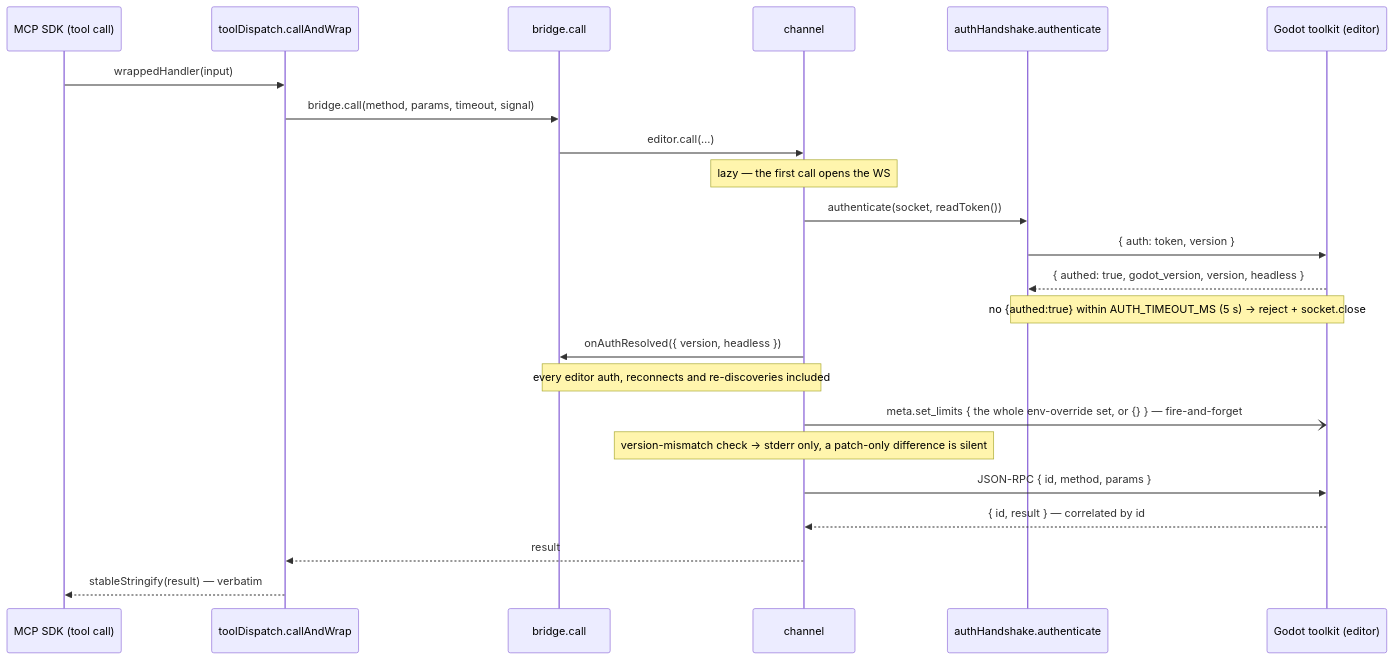
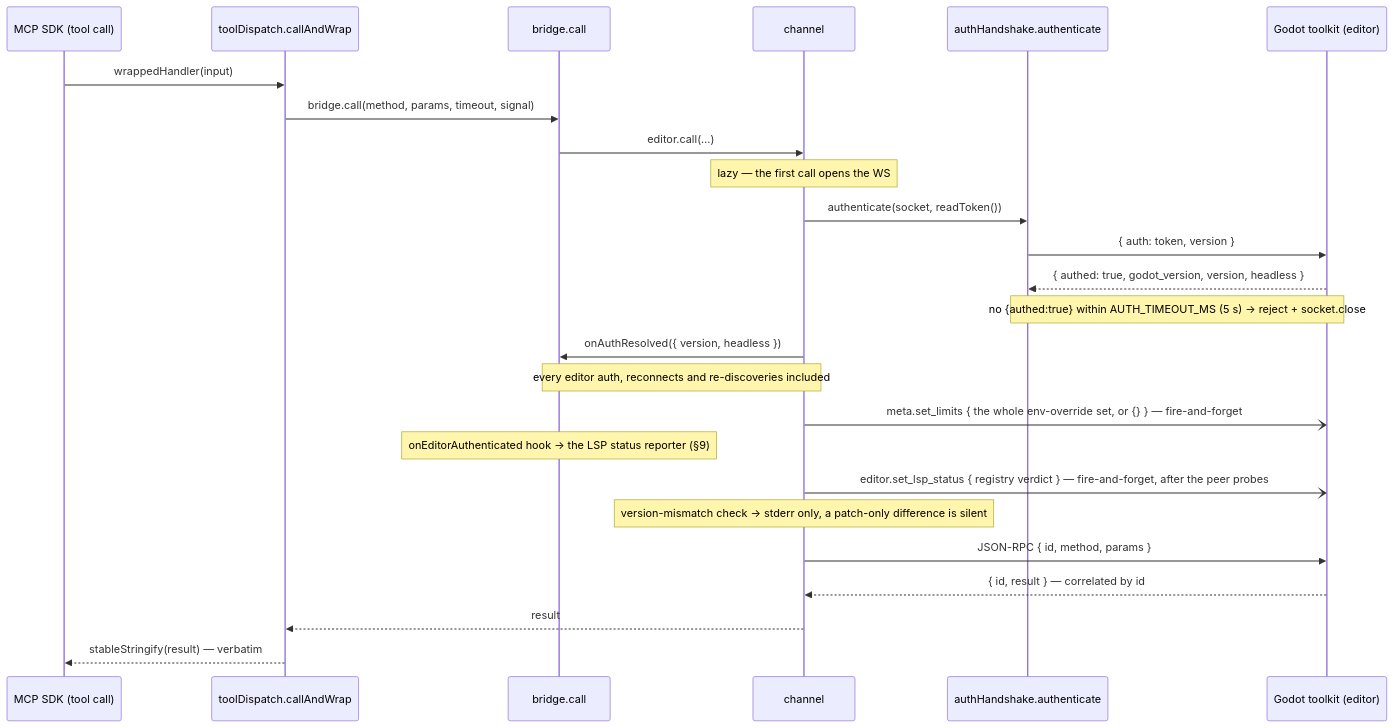
Before and after one commit to NPGameDev/godot-mcp-server: the fourth of 13 diagrams in docs/architecture/README.md, drawn with Mermaid. The commit also changed other lines of this file, not shown here.

````diff
--- a/docs/architecture/README.md
+++ b/docs/architecture/README.md
@@ -281,25 +284,27 @@
 ```mermaid
 sequenceDiagram
     participant SDK as MCP SDK (tool call)
     participant D as toolDispatch.callAndWrap
     participant B as bridge.call
     participant Ch as channel
     participant A as authHandshake.authenticate
     participant TK as Godot toolkit (editor)
     SDK->>D: wrappedHandler(input)
     D->>B: bridge.call(method, params, timeout, signal)
     B->>Ch: editor.call(…)
     Note over Ch: lazy — the first call opens the WS
     Ch->>A: authenticate(socket, readToken())
     A->>TK: { auth: token, version }
     TK-->>A: { authed: true, godot_version, version, headless }
     Note over A,TK: no {authed:true} within AUTH_TIMEOUT_MS (5 s) → reject + socket.close
     Ch->>B: onAuthResolved({ version, headless })
     Note over B,Ch: every editor auth, reconnects and re-discoveries included
     Ch-)TK: meta.set_limits { the whole env-override set, or {} } — fire-and-forget
+    Note over B: onEditorAuthenticated hook → the LSP status reporter (§9)
+    Ch-)TK: editor.set_lsp_status { registry verdict } — fire-and-forget, after the peer probes
     Note over Ch: version-mismatch check → stderr only, a patch-only difference is silent
     Ch->>TK: JSON-RPC { id, method, params }
     TK-->>Ch: { id, result } — correlated by id
     Ch-->>D: result
     D-->>SDK: stableStringify(result) — verbatim
 ```
````
